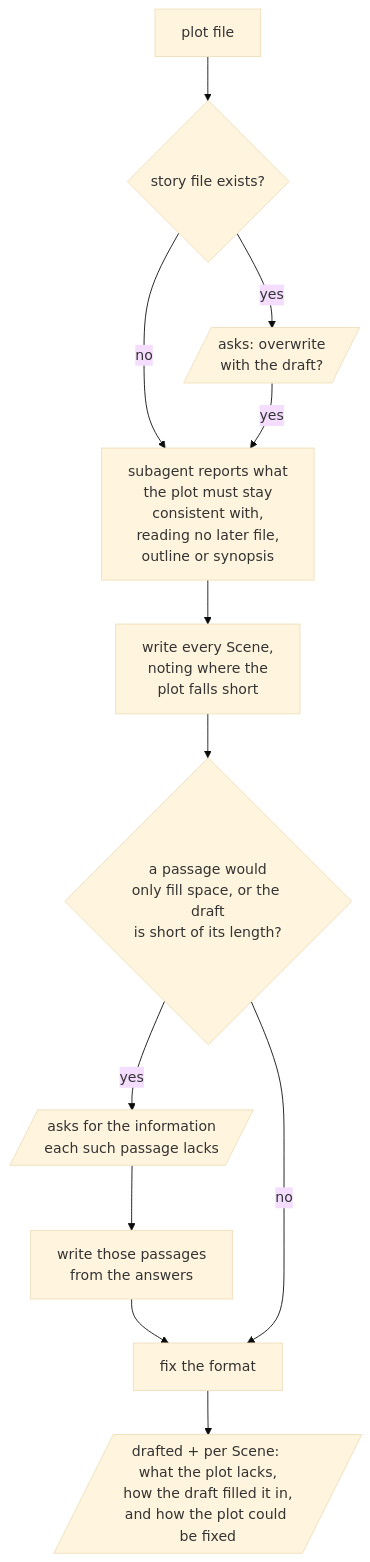
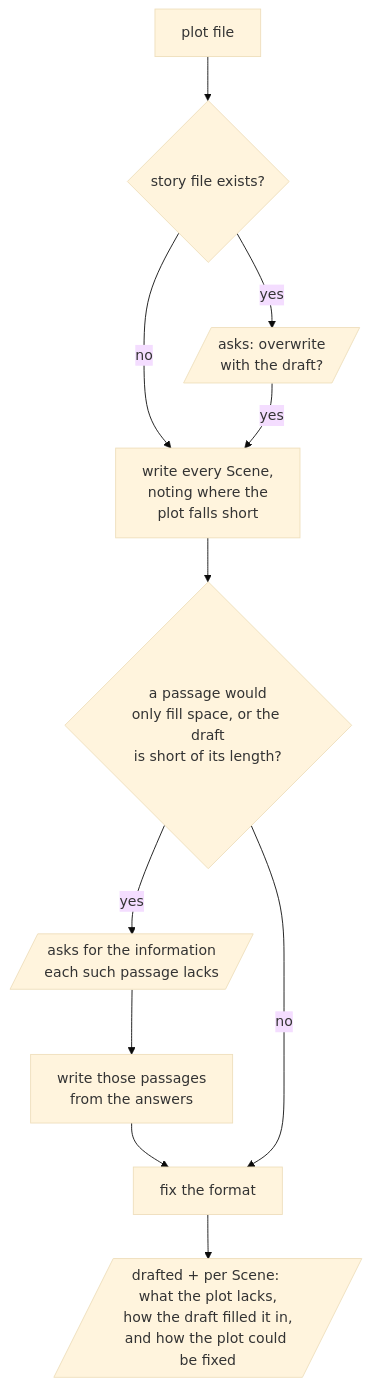
One commit to omni-stove/skill-kit changed the diagram in domains/story/skills/draft/README.md. Above: the diagram before and after it, drawn with Mermaid (base theme). The commit also changed other lines of this file and 112 other files, not shown here.

````diff
--- a/domains/story/skills/draft/README.md
+++ b/domains/story/skills/draft/README.md
@@ -8,14 +3,13 @@
 ```mermaid
 flowchart TD
   input[plot file] --> exists{story file exists?}
   exists -- "yes" --> ask[/asks: overwrite<br/>with the draft?/]
-  exists -- "no" --> agent
-  ask -- "yes" --> agent[subagent reports what<br/>the plot must stay<br/>consistent with,<br/>reading no later file,<br/>outline or synopsis]
-  agent --> write[write every Scene,<br/>noting where the<br/>plot falls short]
+  exists -- "no" --> write
+  ask -- "yes" --> write[write every Scene,<br/>noting where the<br/>plot falls short]
   write --> gap{a passage would<br/>only fill space, or the draft<br/>is short of its length?}
   gap -- "yes" --> need[/asks for the information<br/>each such passage lacks/]
   need --> fill[write those passages<br/>from the answers]
   fill --> format
   gap -- "no" --> format[fix the format]
   format --> done[/"drafted + per Scene: what the plot lacks,<br/>how the draft filled it in,<br/>and how the plot could be fixed"/]
 ```
````
